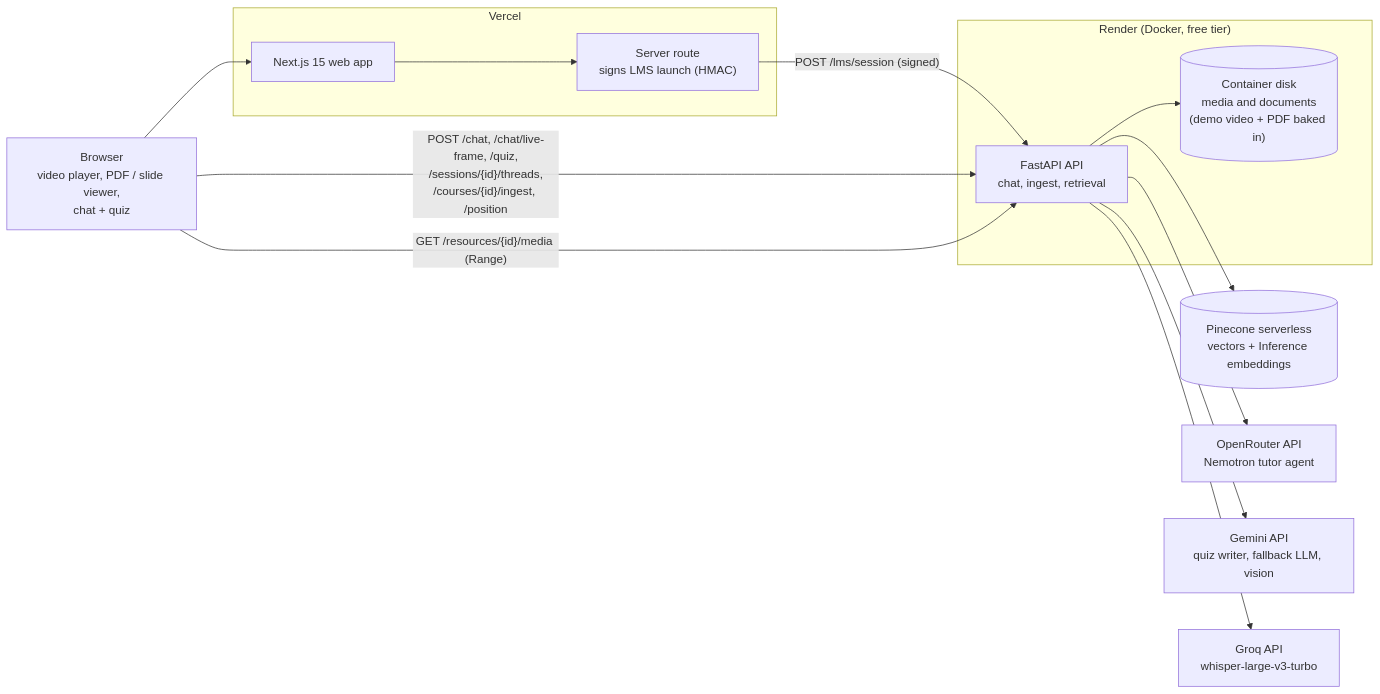
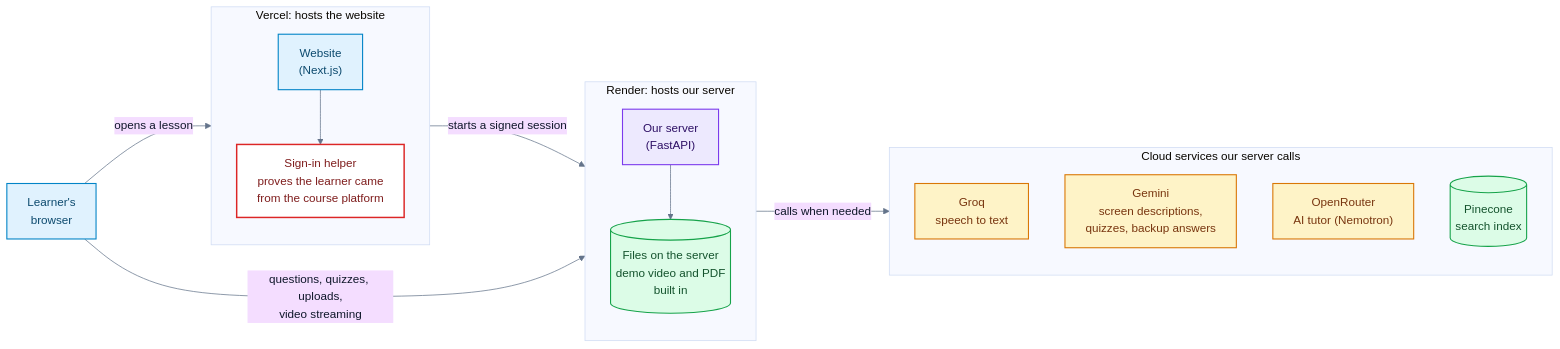
Before and after one commit to Nanu69-batman/ailearn: the second of 9 diagrams in submission/ARCHITECTURE.md, drawn with Mermaid. The commit also changed other lines of this file and 23 other files, not shown here.

First line of the commit message:
docs(submission): plain-language diagrams, Developer view, current numbers

````diff
--- a/submission/ARCHITECTURE.md
+++ b/submission/ARCHITECTURE.md
@@ -26,27 +81,36 @@
 ```mermaid
+%%{init: {"theme": "base", "fontFamily": "Arial, Helvetica, sans-serif", "themeVariables": {"fontSize": "16px", "fontFamily": "Arial, Helvetica, sans-serif", "lineColor": "#64748b", "primaryTextColor": "#0f172a"}, "flowchart": {"curve": "basis", "padding": 14, "wrappingWidth": 340}}}%%
 flowchart LR
-  B["Browser<br/>video player, PDF / slide viewer,<br/>chat + quiz"]
-  subgraph VER["Vercel"]
-    W["Next.js 15 web app"]
-    L["Server route<br/>signs LMS launch (HMAC)"]
+  B["Learner's<br/>browser"]:::person
+  subgraph VER["Vercel: hosts the website"]
+    direction TB
+    W["Website<br/>(Next.js)"]:::person
+    L["Sign-in helper<br/>proves the learner came<br/>from the course platform"]:::check
+    W --> L
   end
-  subgraph RN["Render (Docker, free tier)"]
-    A["FastAPI API<br/>chat, ingest, retrieval"]
-    D[("Container disk<br/>media and documents<br/>(demo video + PDF baked in)")]
+  subgraph RN["Render: hosts our server"]
+    direction TB
+    A["Our server<br/>(FastAPI)"]:::server
+    D[("Files on the server<br/>demo video and PDF<br/>built in")]:::store
+    A --> D
   end
-  P[("Pinecone serverless<br/>vectors + Inference embeddings")]
-  O["OpenRouter API<br/>Nemotron tutor agent"]
-  G["Gemini API<br/>quiz writer, fallback LLM, vision"]
-  Q["Groq API<br/>whisper-large-v3-turbo"]
+  subgraph CLOUD["Cloud services our server calls"]
+    direction TB
+    Q["Groq<br/>speech to text"]:::ai
+    G["Gemini<br/>screen descriptions,<br/>quizzes, backup answers"]:::ai
+    O["OpenRouter<br/>AI tutor (Nemotron)"]:::ai
+    P[("Pinecone<br/>search index")]:::store
+  end
+  B -->|"opens a lesson"| VER
+  VER -->|"starts a signed session"| RN
+  B -->|"questions, quizzes, uploads,<br/>video streaming"| RN
+  RN -->|"calls when needed"| CLOUD
 
-  B --> W
-  W --> L
-  L -->|"POST /lms/session (signed)"| A
-  B -->|"POST /chat, /chat/live-frame, /quiz,<br/>/sessions/{id}/threads,<br/>/courses/{id}/ingest, /position"| A
-  B -->|"GET /resources/{id}/media (Range)"| A
-  A --> P
-  A --> D
-  A --> O
-  A --> G
-  A --> Q
+  classDef person fill:#e0f2fe,stroke:#0284c7,color:#0c4a6e,stroke-width:1.5px
+  classDef server fill:#ede9fe,stroke:#7c3aed,color:#2e1065,stroke-width:1.5px
+  classDef ai fill:#fef3c7,stroke:#d97706,color:#78350f,stroke-width:1.5px
+  classDef store fill:#dcfce7,stroke:#16a34a,color:#14532d,stroke-width:1.5px
+  classDef check fill:#ffffff,stroke:#dc2626,color:#7f1d1d,stroke-width:2px
+  classDef good fill:#d1fae5,stroke:#059669,color:#064e3b,stroke-width:2px
+  classDef stop fill:#fee2e2,stroke:#dc2626,color:#7f1d1d,stroke-width:1.5px
 ```
````
